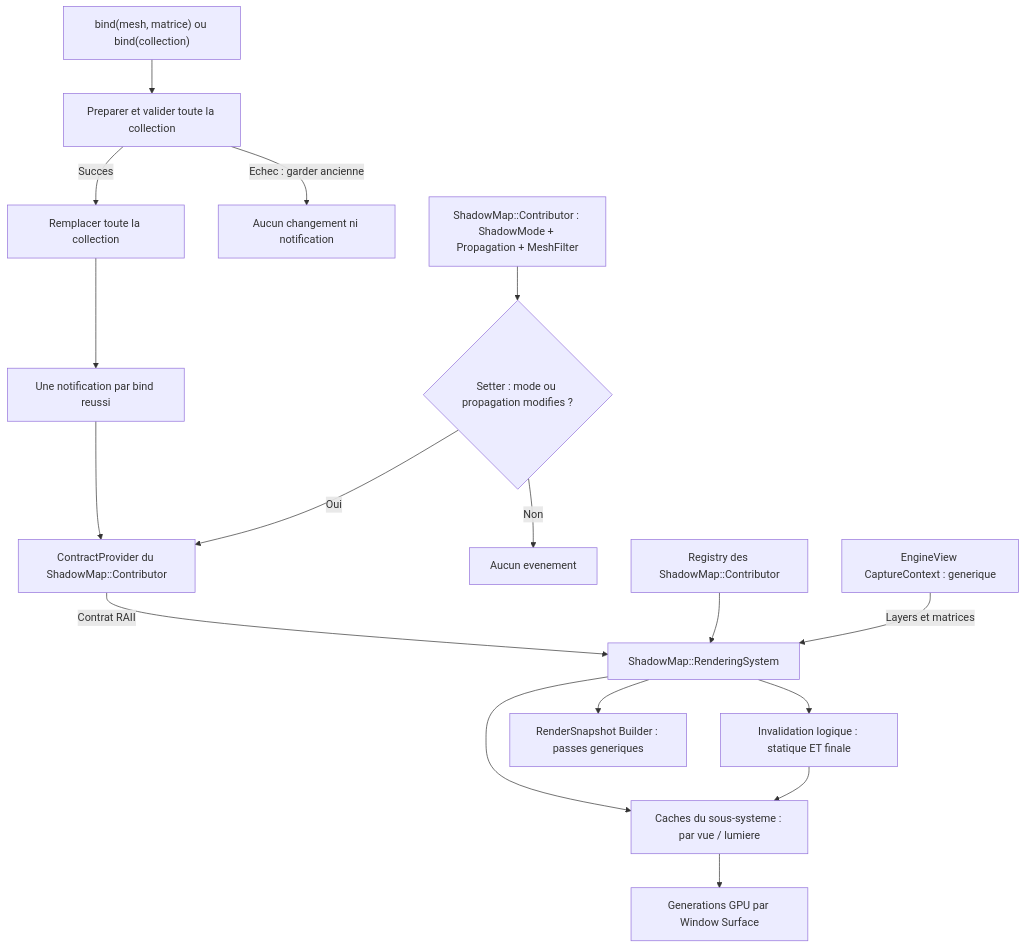
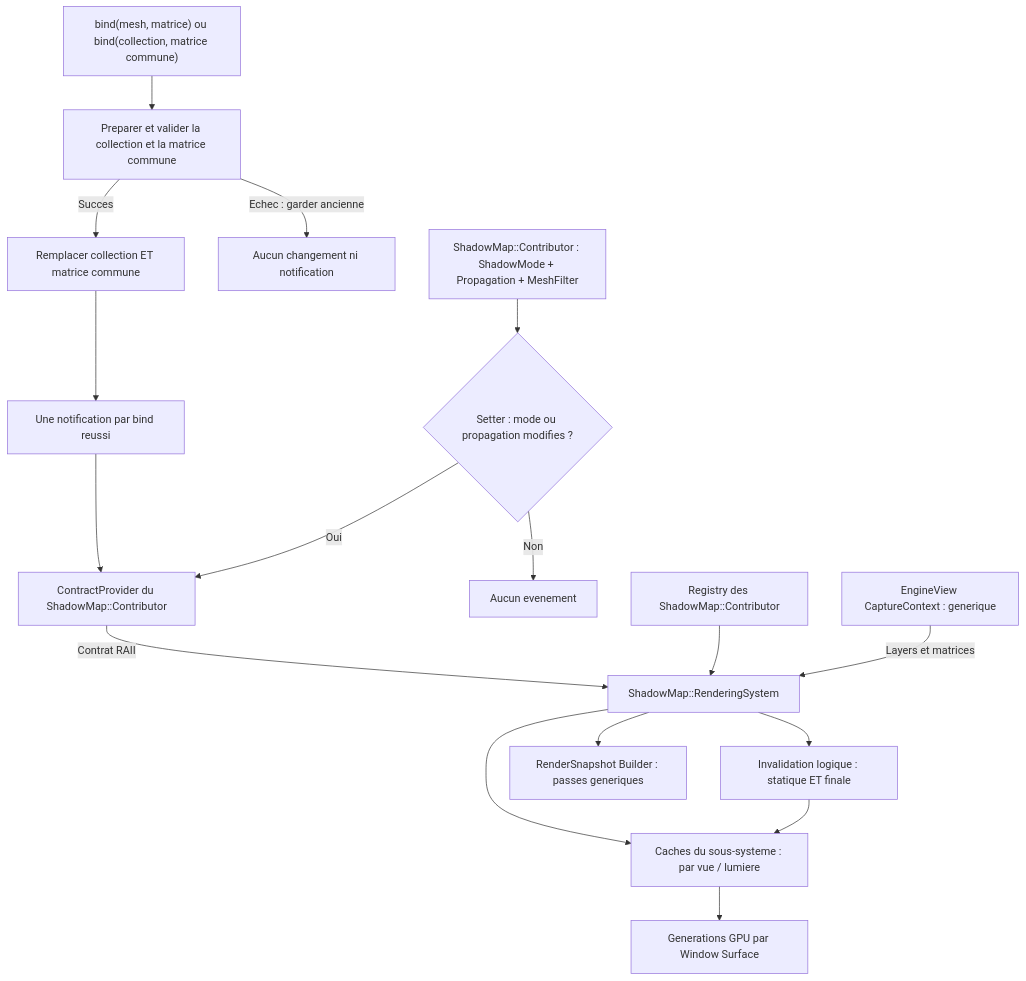
One commit to EreliaStudio/Sparkle changed diagram 15 of 23 in docs/voxel-engine-v0.1.4-specification.md. Above: the diagram before and after it, drawn with Mermaid. The commit also changed other lines of this file, not shown here.

Commit message:
docs(v0.1.4): update A1 Assembly-wide transform diagrams, snapshot sequence and tests

````diff
--- a/docs/voxel-engine-v0.1.4-specification.md
+++ b/docs/voxel-engine-v0.1.4-specification.md
@@ -1218,19 +1220,19 @@
 ```mermaid
 flowchart TD
   Source["ShadowMap::Contributor : ShadowMode + Propagation + MeshFilter"] --> Change{"Setter : mode ou propagation modifies ?"}
-  Bind["bind(mesh, matrice) ou bind(collection)"] --> Validate["Preparer et valider toute la collection"]
+  Bind["bind(mesh, matrice) ou bind(collection, matrice commune)"] --> Validate["Preparer et valider la collection et la matrice commune"]
   Validate -->|"Echec : garder ancienne"| Failure["Aucun changement ni notification"]
-  Validate -->|"Succes"| Swap["Remplacer toute la collection"]
+  Validate -->|"Succes"| Swap["Remplacer collection ET matrice commune"]
   Swap --> Geom["Une notification par bind reussi"]
   Geom --> Provider
   Change -->|"Non"| Nothing["Aucun evenement"]
   Change -->|"Oui"| Provider["ContractProvider du ShadowMap::Contributor"]
   Provider -->|"Contrat RAII"| S["ShadowMap::RenderingSystem"]
   S --> Cache["Invalidation logique : statique ET finale"]
   Registry["Registry des ShadowMap::Contributor"] --> S
   S --> PerView["Caches du sous-systeme : par vue / lumiere"]
   PerView --> Surface["Generations GPU par Window Surface"]
   Cache --> PerView
   Context["EngineView CaptureContext : generique"] -->|"Layers et matrices"| S
   S --> Builder["RenderSnapshot Builder : passes generiques"]
 ```
````
